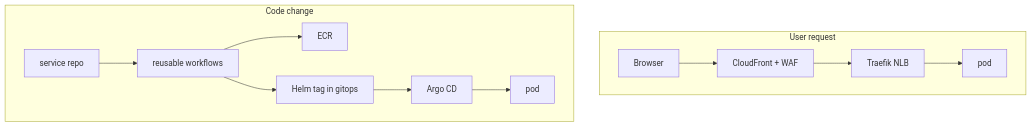
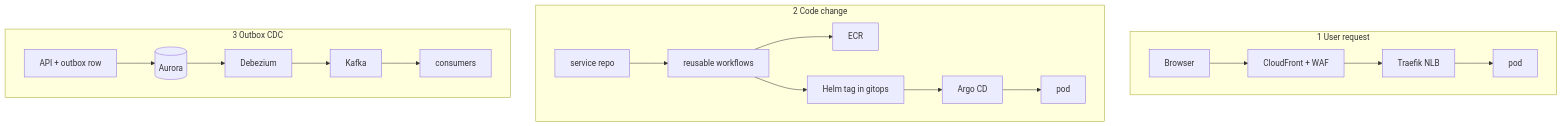
The second of 2 diagrams in docs/infra/index.md (AyushKumar-RFE/falconx-architecture-docs), drawn with Mermaid before and after one commit. The commit also changed other lines of this file and 4 other files, not shown here.

First line of the commit message:
Explain the three core infra flows hop by hop on the visual map.

````diff
--- a/docs/infra/index.md
+++ b/docs/infra/index.md
@@ -48,14 +48,20 @@
 ```mermaid
 flowchart TB
-  subgraph request [User request]
+  subgraph request [1 User request]
     U[Browser] --> CF[CloudFront + WAF]
     CF --> T[Traefik NLB]
     T --> P[pod]
   end
-  subgraph change [Code change]
+  subgraph change [2 Code change]
     R[service repo] --> CI[reusable workflows]
     CI --> ECR[ECR]
     CI --> H[Helm tag in gitops]
     H --> AR[Argo CD] --> P2[pod]
   end
+  subgraph data [3 Outbox CDC]
+    API[API + outbox row] --> PG[(Aurora)]
+    PG --> D[Debezium]
+    D --> K[Kafka]
+    K --> DA[consumers]
+  end
 ```
````
